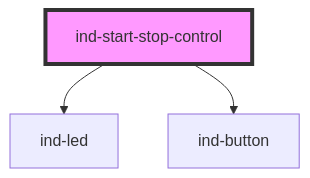
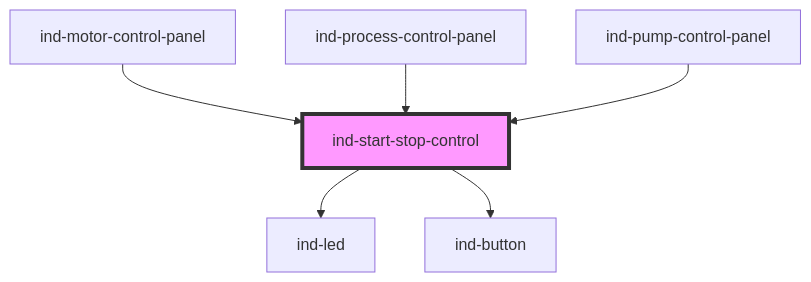
The diagram in packages/core/src/components/molecules/start-stop-control/readme.md (christophe77/in-ds), drawn with Mermaid before and after one commit. The commit also changed other lines of this file and 106 other files, not shown here.

````diff
--- a/packages/core/src/components/molecules/start-stop-control/readme.md
+++ b/packages/core/src/components/molecules/start-stop-control/readme.md
@@ -50,6 +56,9 @@
 ```mermaid
 graph TD;
   ind-start-stop-control --> ind-led
   ind-start-stop-control --> ind-button
+  ind-motor-control-panel --> ind-start-stop-control
+  ind-process-control-panel --> ind-start-stop-control
+  ind-pump-control-panel --> ind-start-stop-control
   style ind-start-stop-control fill:#f9f,stroke:#333,stroke-width:4px
 ```
````
